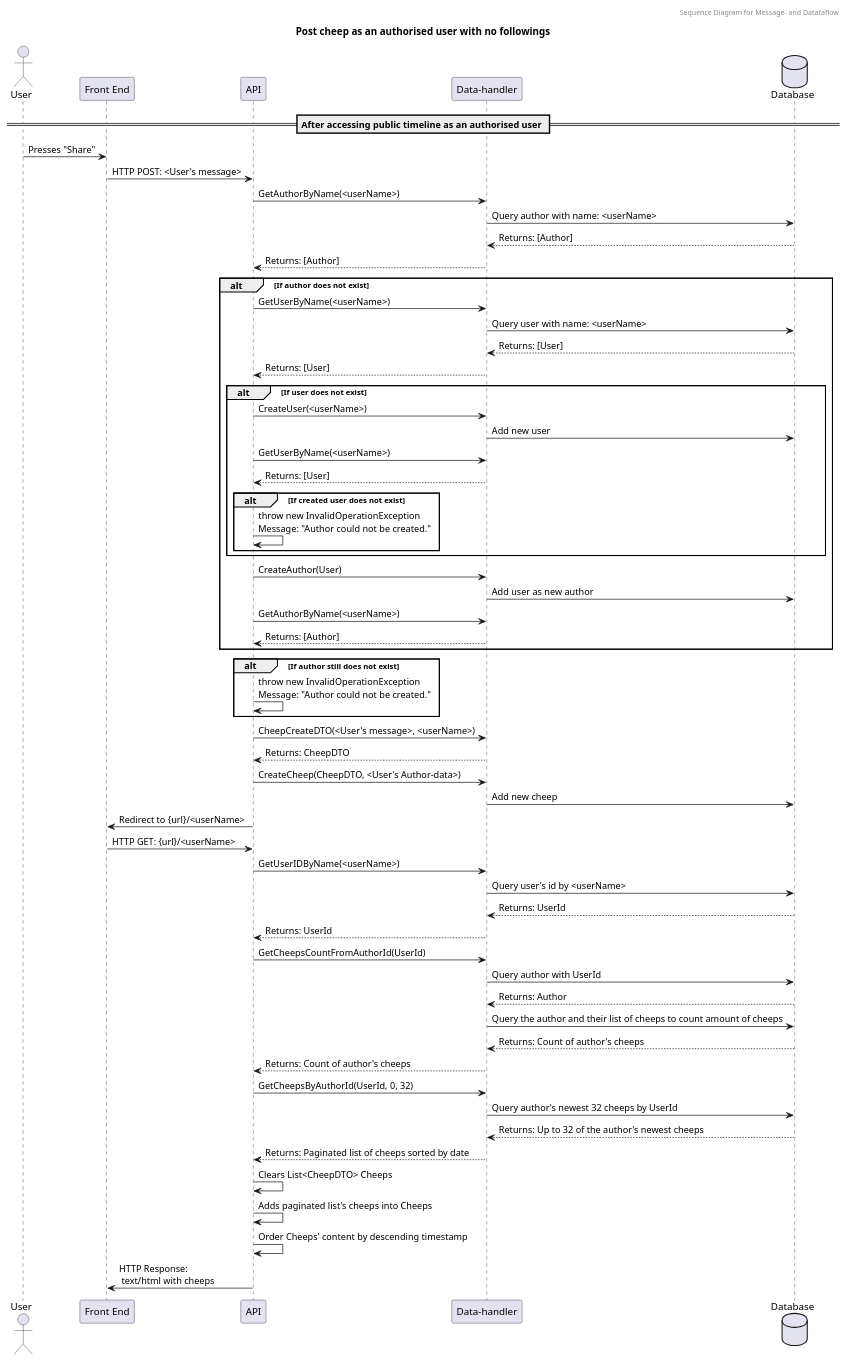
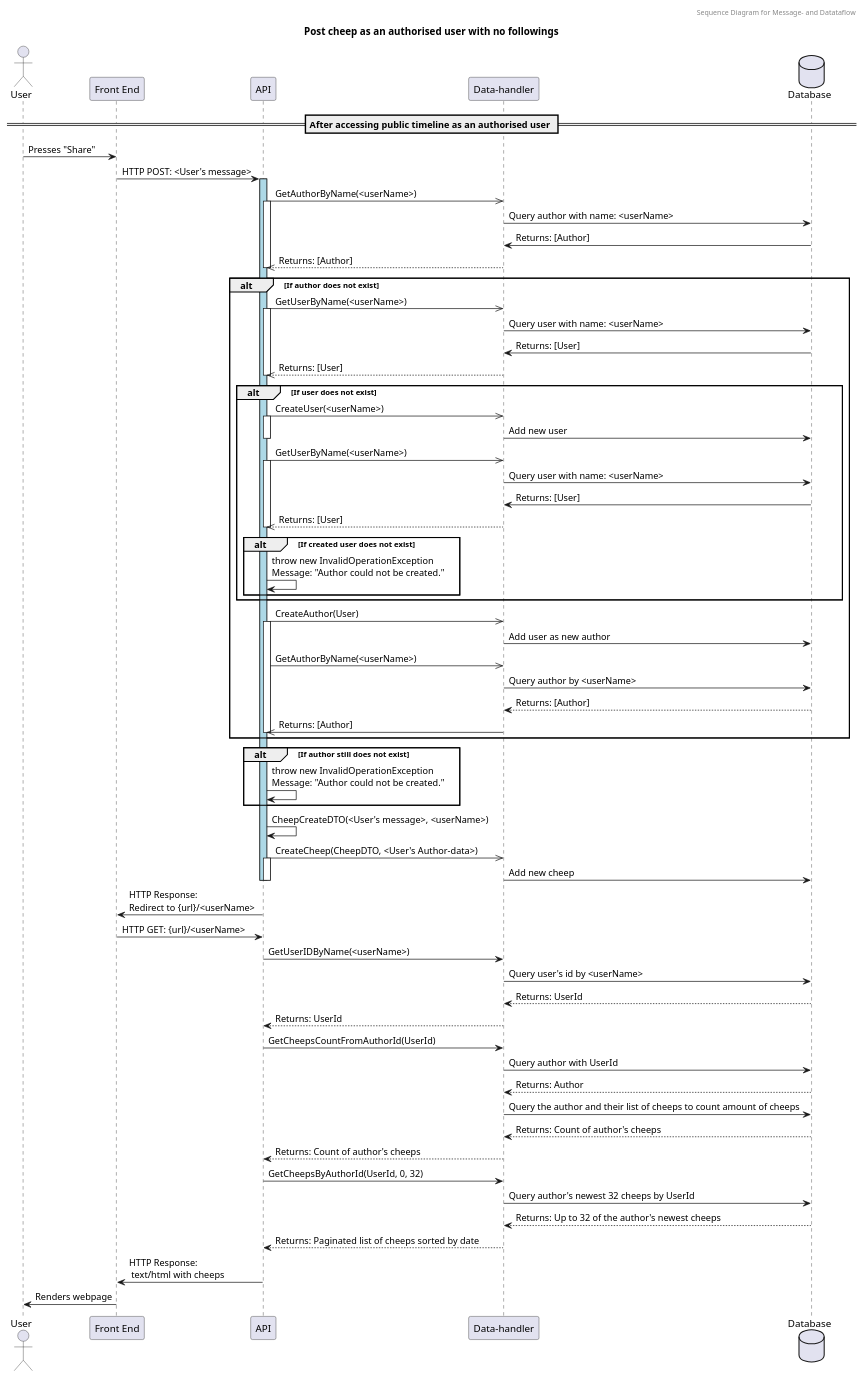
The diagram in docs/report_diagrams/UML_sequence_diagrams/msg_data_flow_seq_diagrams/publictimeline_authorised_postcheep_UML_seq.puml (ITU-BDSA23-GROUP10/Chirp), drawn with PlantUML before and after one commit.

Commit message:
Added some async and lifelines

```diff
--- a/docs/report_diagrams/UML_sequence_diagrams/msg_data_flow_seq_diagrams/publictimeline_authorised_postcheep_UML_seq.puml
+++ b/docs/report_diagrams/UML_sequence_diagrams/msg_data_flow_seq_diagrams/publictimeline_authorised_postcheep_UML_seq.puml
@@ -1,74 +1,88 @@
 @startuml
 
 header Sequence Diagram for Message- and Datataflow
 Title Post cheep as an authorised user with no followings
 
 actor "User" as Us
 participant "Front End" as Fe
 participant "API" as Api
 participant "Data-handler" as Dh
 database "Database" as Db
 
 == After accessing public timeline as an authorised user ==
 Us -> Fe: Presses "Share"
 Fe -> Api: HTTP POST: <User's message>
-Api -> Dh: GetAuthorByName(<userName>)
-Dh -> Db: Query author with name: <userName>
-Return Returns: [Author]
-Dh --> Api: Returns: [Author]
 
-alt If author does not exist
-    Api -> Dh: GetUserByName(<userName>)
-    Dh -> Db: Query user with name: <userName>
-    Return Returns: [User]
-    Dh --> Api: Returns: [User]
+Activate Api #LightBlue 
+    Api ->> Dh: GetAuthorByName(<userName>)
+    Activate Api
+        Dh -> Db: Query author with name: <userName>
+        Db -> Dh: Returns: [Author]
+        Dh -->> Api: Returns: [Author]
+    Deactivate Api
 
-    alt If user does not exist
-        Api -> Dh: CreateUser(<userName>)
-        Dh -> Db: Add new user
-        Api -> Dh: GetUserByName(<userName>)
-        Return Returns: [User]
-        alt If created user does not exist
-            Api -> Api: throw new InvalidOperationException\nMessage: "Author could not be created."
+    alt If author does not exist
+        Api ->> Dh: GetUserByName(<userName>)
+        Activate Api
+            Dh -> Db: Query user with name: <userName>
+            Db -> Dh: Returns: [User]
+            Dh -->> Api: Returns: [User]
+        Deactivate Api
+
+        alt If user does not exist
+            Api ->> Dh: CreateUser(<userName>)
+            Activate Api
+                Dh -> Db: Add new user
+            Deactivate Api
+            Api ->> Dh: GetUserByName(<userName>)
+            Activate Api
+                Dh -> Db: Query user with name: <userName>
+                Db -> Dh: Returns: [User]
+                Dh -->> Api: Returns: [User]
+            Deactivate Api
+            alt If created user does not exist
+                Api -> Api: throw new InvalidOperationException\nMessage: "Author could not be created."
+            end
         end
+        Api ->> Dh: CreateAuthor(User)
+        Activate Api
+            Dh -> Db: Add user as new author
+            Api ->> Dh: GetAuthorByName(<userName>)
+            Dh -> Db: Query author by <userName>
+            Db --> Dh: Returns: [Author]
+            Dh ->> Api: Returns: [Author]
+        Deactivate Api
     end
-    Api -> Dh: CreateAuthor(User)
-    Dh -> Db: Add user as new author
-    Api -> Dh: GetAuthorByName(<userName>)
-    Return Returns: [Author]
-end
-alt If author still does not exist
-    Api -> Api: throw new InvalidOperationException\nMessage: "Author could not be created."
-end
+    alt If author still does not exist
+        Api -> Api: throw new InvalidOperationException\nMessage: "Author could not be created."
+    end
 
-Api -> Dh: CheepCreateDTO(<User's message>, <userName>)
-Return Returns: CheepDTO
-Api -> Dh: CreateCheep(CheepDTO, <User's Author-data>)
-Dh -> Db: Add new cheep
+    Api -> Api: CheepCreateDTO(<User's message>, <userName>)
+    Api ->> Dh: CreateCheep(CheepDTO, <User's Author-data>)
+    Activate Api
+        Dh -> Db: Add new cheep
+    Deactivate Api
+Deactivate Api
 
-Api -> Fe: Redirect to {url}/<userName>
+Api -> Fe: HTTP Response:\nRedirect to {url}/<userName>
 Fe -> Api: HTTP GET: {url}/<userName>
 
 Api -> Dh: GetUserIDByName(<userName>)
 Dh -> Db: Query user's id by <userName>
 Return Returns: UserId
 Dh --> Api: Returns: UserId
 
 Api -> Dh: GetCheepsCountFromAuthorId(UserId)
 Dh -> Db: Query author with UserId
 Return Returns: Author
 Dh -> Db: Query the author and their list of cheeps to count amount of cheeps
 Return Returns: Count of author's cheeps
 Dh --> Api: Returns: Count of author's cheeps
 Api -> Dh: GetCheepsByAuthorId(UserId, 0, 32)
 Dh -> Db: Query author's newest 32 cheeps by UserId
 Return Returns: Up to 32 of the author's newest cheeps
 Dh --> Api: Returns: Paginated list of cheeps sorted by date
 
-Api -> Api: Clears List<CheepDTO> Cheeps
-Api -> Api: Adds paginated list's cheeps into Cheeps
-Api -> Api: Order Cheeps' content by descending timestamp
-
 Api -> Fe: HTTP Response:\n text/html with cheeps
-
+Fe -> Us: Renders webpage
 @enduml
```
